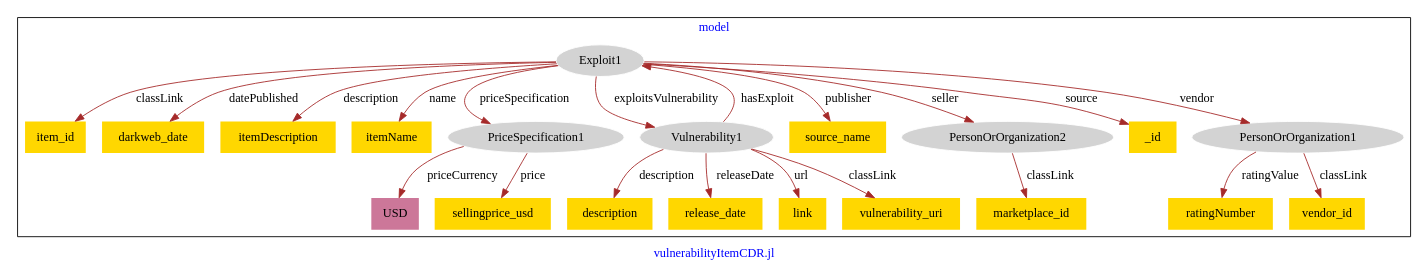
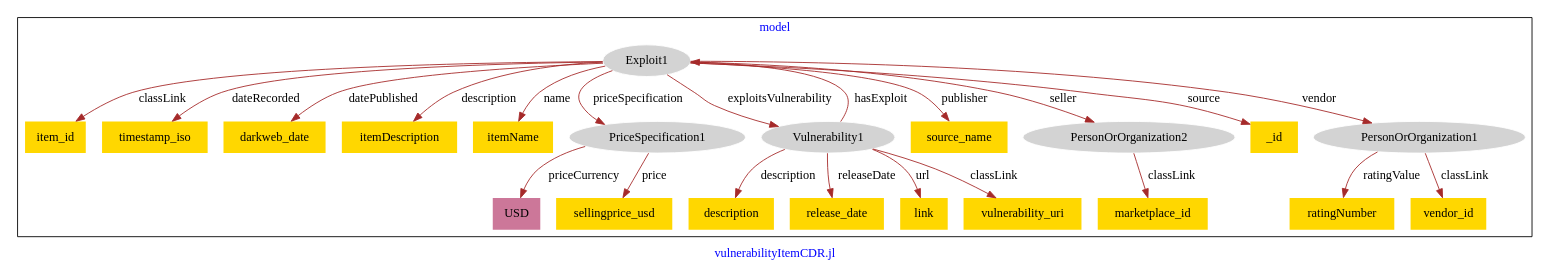
One commit to usc-isi-i2/effect-alignment changed the diagram in models/asu-vulnerability-items/vulnerabilityItem-model.dot. Above: the diagram before and after it, drawn with Graphviz.

Commit message:
Update file vulnerabilityItem-model.dot

```diff
--- a/models/asu-vulnerability-items/vulnerabilityItem-model.dot
+++ b/models/asu-vulnerability-items/vulnerabilityItem-model.dot
@@ -1,48 +1,50 @@
 digraph n0 {
 fontcolor="blue"
 remincross="true"
 label="vulnerabilityItemCDR.jl"
 subgraph cluster {
 label="model"
 n2[style="filled",color="white",fillcolor="lightgray",label="Exploit1"];
 n3[shape="plaintext",style="filled",fillcolor="gold",label="item_id"];
-n4[style="filled",color="white",fillcolor="lightgray",label="Vulnerability1"];
-n5[shape="plaintext",style="filled",fillcolor="gold",label="darkweb_date"];
-n6[shape="plaintext",style="filled",fillcolor="gold",label="itemDescription"];
-n7[shape="plaintext",style="filled",fillcolor="gold",label="itemName"];
-n8[style="filled",color="white",fillcolor="lightgray",label="PriceSpecification1"];
-n9[shape="plaintext",style="filled",fillcolor="gold",label="source_name"];
-n10[style="filled",color="white",fillcolor="lightgray",label="PersonOrOrganization2"];
-n11[shape="plaintext",style="filled",fillcolor="gold",label="_id"];
-n12[style="filled",color="white",fillcolor="lightgray",label="PersonOrOrganization1"];
-n13[shape="plaintext",style="filled",fillcolor="gold",label="vendor_id"];
-n14[shape="plaintext",style="filled",fillcolor="gold",label="ratingNumber"];
-n15[shape="plaintext",style="filled",fillcolor="gold",label="marketplace_id"];
-n16[shape="plaintext",style="filled",fillcolor="gold",label="vulnerability_uri"];
-n17[shape="plaintext",style="filled",fillcolor="gold",label="description"];
-n18[shape="plaintext",style="filled",fillcolor="gold",label="release_date"];
-n19[shape="plaintext",style="filled",fillcolor="gold",label="link"];
-n20[shape="plaintext",style="filled",fillcolor="gold",label="sellingprice_usd"];
-n21[shape="plaintext",style="filled",fillcolor="#CC7799",label="USD"];
+n4[shape="plaintext",style="filled",fillcolor="gold",label="timestamp_iso"];
+n5[style="filled",color="white",fillcolor="lightgray",label="Vulnerability1"];
+n6[shape="plaintext",style="filled",fillcolor="gold",label="darkweb_date"];
+n7[shape="plaintext",style="filled",fillcolor="gold",label="itemDescription"];
+n8[shape="plaintext",style="filled",fillcolor="gold",label="itemName"];
+n9[style="filled",color="white",fillcolor="lightgray",label="PriceSpecification1"];
+n10[shape="plaintext",style="filled",fillcolor="gold",label="source_name"];
+n11[style="filled",color="white",fillcolor="lightgray",label="PersonOrOrganization2"];
+n12[shape="plaintext",style="filled",fillcolor="gold",label="_id"];
+n13[style="filled",color="white",fillcolor="lightgray",label="PersonOrOrganization1"];
+n14[shape="plaintext",style="filled",fillcolor="gold",label="vendor_id"];
+n15[shape="plaintext",style="filled",fillcolor="gold",label="ratingNumber"];
+n16[shape="plaintext",style="filled",fillcolor="gold",label="marketplace_id"];
+n17[shape="plaintext",style="filled",fillcolor="gold",label="vulnerability_uri"];
+n18[shape="plaintext",style="filled",fillcolor="gold",label="description"];
+n19[shape="plaintext",style="filled",fillcolor="gold",label="release_date"];
+n20[shape="plaintext",style="filled",fillcolor="gold",label="link"];
+n21[shape="plaintext",style="filled",fillcolor="gold",label="sellingprice_usd"];
+n22[shape="plaintext",style="filled",fillcolor="#CC7799",label="USD"];
 }
 n2 -> n3[color="brown",fontcolor="black",label="classLink"]
-n2 -> n4[color="brown",fontcolor="black",label="exploitsVulnerability"]
-n2 -> n5[color="brown",fontcolor="black",label="datePublished"]
-n2 -> n6[color="brown",fontcolor="black",label="description"]
-n2 -> n7[color="brown",fontcolor="black",label="name"]
-n2 -> n8[color="brown",fontcolor="black",label="priceSpecification"]
-n2 -> n9[color="brown",fontcolor="black",label="publisher"]
-n2 -> n10[color="brown",fontcolor="black",label="seller"]
-n2 -> n11[color="brown",fontcolor="black",label="source"]
-n2 -> n12[color="brown",fontcolor="black",label="vendor"]
-n12 -> n13[color="brown",fontcolor="black",label="classLink"]
-n12 -> n14[color="brown",fontcolor="black",label="ratingValue"]
-n10 -> n15[color="brown",fontcolor="black",label="classLink"]
-n4 -> n16[color="brown",fontcolor="black",label="classLink"]
-n4 -> n17[color="brown",fontcolor="black",label="description"]
-n4 -> n18[color="brown",fontcolor="black",label="releaseDate"]
-n4 -> n19[color="brown",fontcolor="black",label="url"]
-n8 -> n20[color="brown",fontcolor="black",label="price"]
-n8 -> n21[color="brown",fontcolor="black",label="priceCurrency"]
-n4 -> n2[color="brown",fontcolor="black",label="hasExploit"]
+n2 -> n4[color="brown",fontcolor="black",label="dateRecorded"]
+n2 -> n5[color="brown",fontcolor="black",label="exploitsVulnerability"]
+n2 -> n6[color="brown",fontcolor="black",label="datePublished"]
+n2 -> n7[color="brown",fontcolor="black",label="description"]
+n2 -> n8[color="brown",fontcolor="black",label="name"]
+n2 -> n9[color="brown",fontcolor="black",label="priceSpecification"]
+n2 -> n10[color="brown",fontcolor="black",label="publisher"]
+n2 -> n11[color="brown",fontcolor="black",label="seller"]
+n2 -> n12[color="brown",fontcolor="black",label="source"]
+n2 -> n13[color="brown",fontcolor="black",label="vendor"]
+n13 -> n14[color="brown",fontcolor="black",label="classLink"]
+n13 -> n15[color="brown",fontcolor="black",label="ratingValue"]
+n11 -> n16[color="brown",fontcolor="black",label="classLink"]
+n5 -> n17[color="brown",fontcolor="black",label="classLink"]
+n5 -> n18[color="brown",fontcolor="black",label="description"]
+n5 -> n19[color="brown",fontcolor="black",label="releaseDate"]
+n5 -> n20[color="brown",fontcolor="black",label="url"]
+n9 -> n21[color="brown",fontcolor="black",label="price"]
+n9 -> n22[color="brown",fontcolor="black",label="priceCurrency"]
+n5 -> n2[color="brown",fontcolor="black",label="hasExploit"]
 }
```
